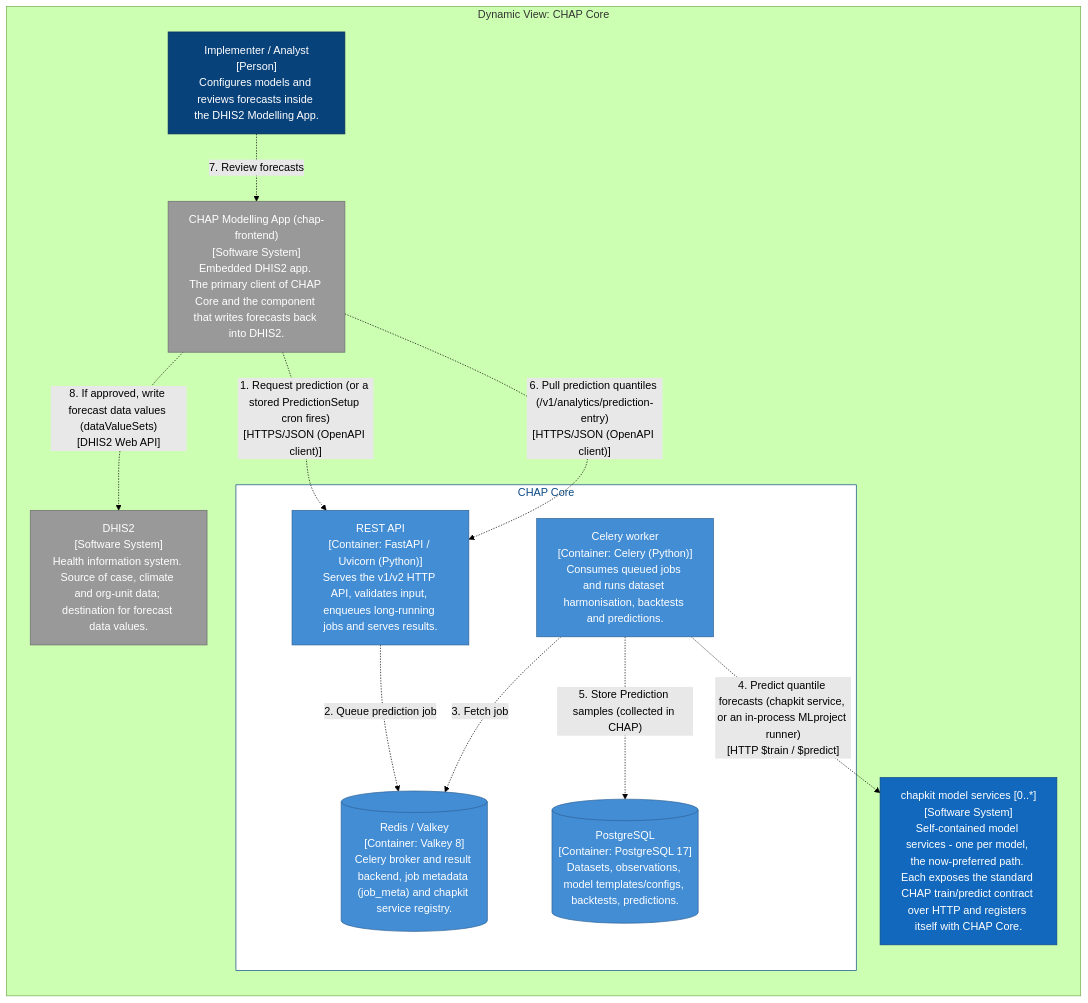
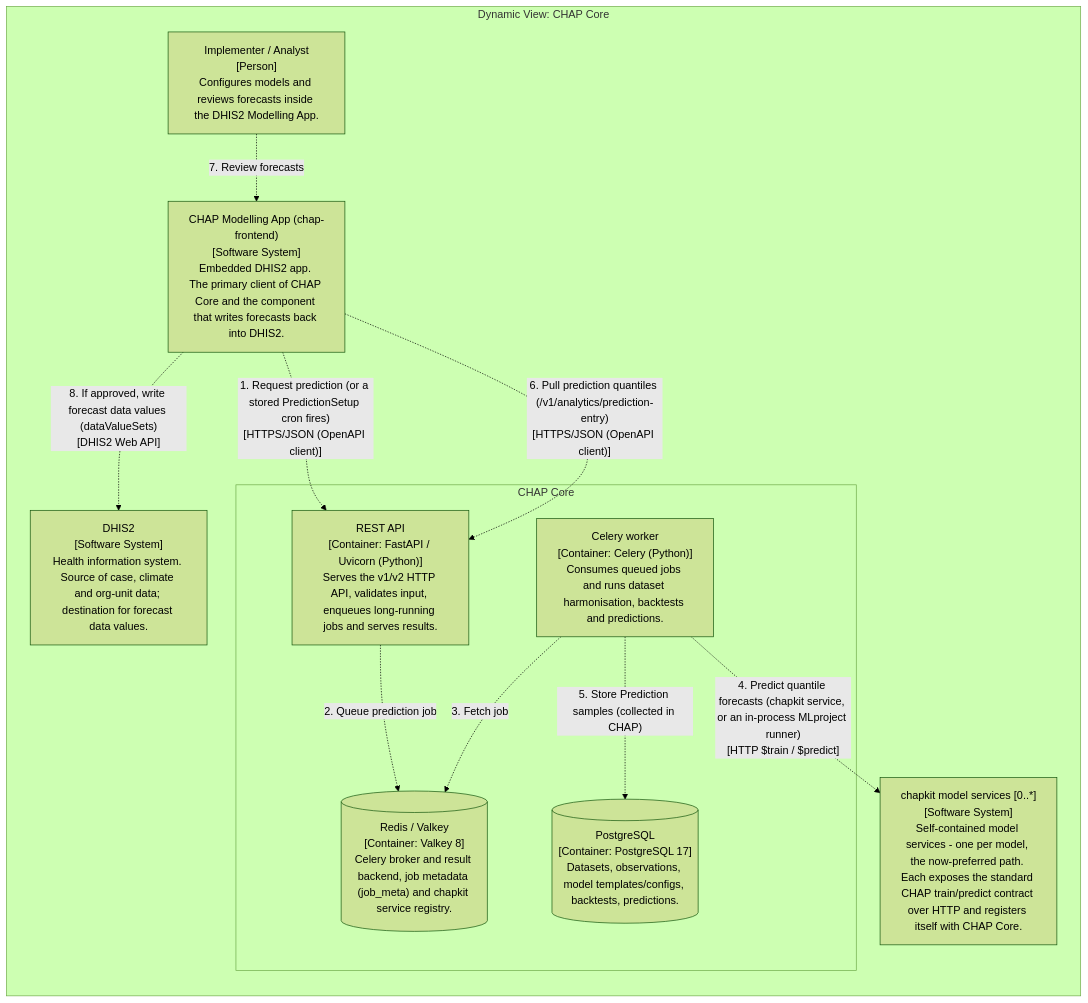
Before and after one commit to dhis2-chap/chap-core: the ninth of 9 diagrams in docs/contributor/architecture_model.md, drawn with Mermaid (forest theme). The commit also changed other lines of this file and 1 other file, not shown here.

Commit message:
docs(architecture): drop hard-coded C4 colours so model diagrams follow the docs theme

````diff
--- a/docs/contributor/architecture_model.md
+++ b/docs/contributor/architecture_model.md
@@ -337,38 +271,29 @@
 ```mermaid
 graph LR
 
   subgraph diagram ["Dynamic View: CHAP Core"]
 
     subgraph 6 ["CHAP Core"]
-      style 6 fill:#ffffff,stroke:#0b4884,color:#0b4884
 
       12["Celery worker<br/>[Container: Celery (Python)]<br/>Consumes queued jobs and runs dataset harmonisation, backtests and predictions."]
-      style 12 fill:#438dd5,stroke:#2e6295,color:#ffffff
       17[("Redis / Valkey<br/>[Container: Valkey 8]<br/>Celery broker and result backend, job metadata (job_meta) and chapkit service registry.")]
-      style 17 fill:#438dd5,stroke:#2e6295,color:#ffffff
       18[("PostgreSQL<br/>[Container: PostgreSQL 17]<br/>Datasets, observations, model templates/configs, backtests, predictions.")]
-      style 18 fill:#438dd5,stroke:#2e6295,color:#ffffff
       7["REST API<br/>[Container: FastAPI / Uvicorn (Python)]<br/>Serves the v1/v2 HTTP API, validates input, enqueues long-running jobs and serves results."]
-      style 7 fill:#438dd5,stroke:#2e6295,color:#ffffff
     end
 
     1["Implementer / Analyst<br/>[Person]<br/>Configures models and reviews forecasts inside the DHIS2 Modelling App."]
-    style 1 fill:#08427b,stroke:#052e56,color:#ffffff
     3["DHIS2<br/>[Software System]<br/>Health information system. Source of case, climate and org-unit data; destination for forecast data values."]
-    style 3 fill:#999999,stroke:#6b6b6b,color:#ffffff
     4["CHAP Modelling App (chap-frontend)<br/>[Software System]<br/>Embedded DHIS2 app. The primary client of CHAP Core and the component that writes forecasts back into DHIS2."]
-    style 4 fill:#999999,stroke:#6b6b6b,color:#ffffff
     19["chapkit model services [0..*]<br/>[Software System]<br/>Self-contained model services - one per model, the now-preferred path. Each exposes the standard CHAP train/predict contract over HTTP and registers itself with CHAP Core."]
-    style 19 fill:#1168bd,stroke:#0b4884,color:#ffffff
 
     4-. "1. Request prediction (or a stored PredictionSetup cron fires)<br/>[HTTPS/JSON (OpenAPI client)]" .->7
     7-. "2. Queue prediction job" .->17
     12-. "3. Fetch job" .->17
     12-. "4. Predict quantile forecasts (chapkit service, or an in-process MLproject runner)<br/>[HTTP $train / $predict]" .->19
     12-. "5. Store Prediction samples (collected in CHAP)" .->18
     4-. "6. Pull prediction quantiles (/v1/analytics/prediction-entry)<br/>[HTTPS/JSON (OpenAPI client)]" .->7
     1-. "7. Review forecasts" .->4
     4-. "8. If approved, write forecast data values (dataValueSets)<br/>[DHIS2 Web API]" .->3
 
   end
 ```
````
